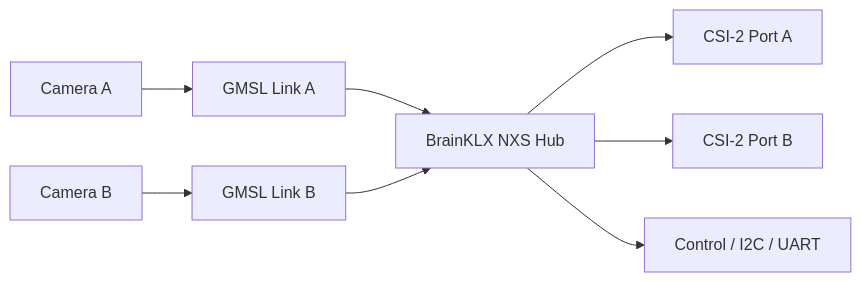
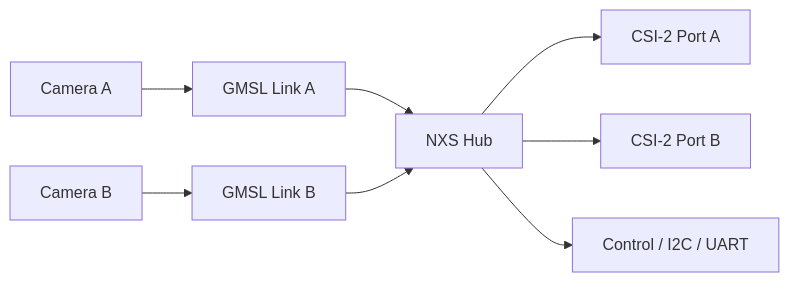
One commit to aliensense/nxs-docs changed the diagram in src/content/docs/hub/specifications.md. Above: the diagram before and after it, drawn with Mermaid. The commit also changed other lines of this file and 5 other files, not shown here.

````diff
--- a/src/content/docs/hub/specifications.md
+++ b/src/content/docs/hub/specifications.md
@@ -32,10 +32,10 @@
 ```mermaid
 flowchart LR
     CAMA[Camera A] --> GMSL_A[GMSL Link A]
     CAMB[Camera B] --> GMSL_B[GMSL Link B]
-    GMSL_A --> HUB[BrainKLX NXS Hub]
+    GMSL_A --> HUB[NXS Hub]
     GMSL_B --> HUB
     HUB --> CSI_A[CSI-2 Port A]
     HUB --> CSI_B[CSI-2 Port B]
     HUB --> CTRL[Control / I2C / UART]
 ```
````
